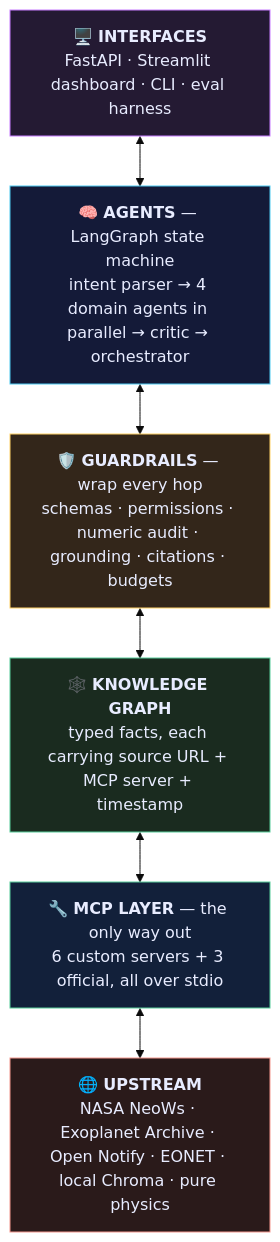
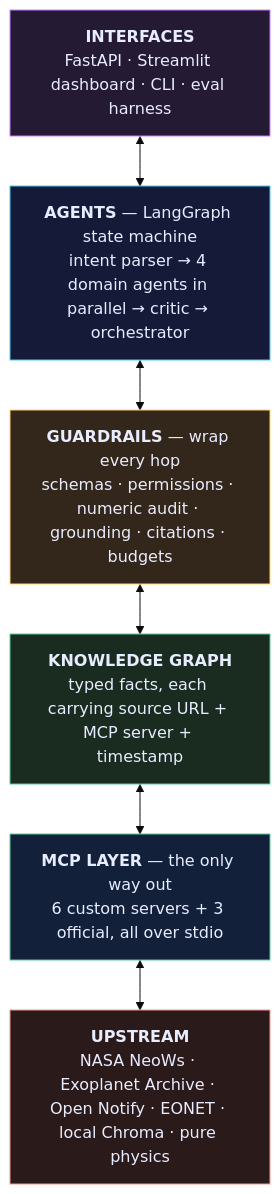
One commit to haarikaalla/Astral-Graph changed the second of 4 diagrams in README.md. Above: the diagram before and after it, drawn with Mermaid (base theme). The commit also changed other lines of this file, not shown here.

````diff
--- a/README.md
+++ b/README.md
@@ -129,28 +129,28 @@
 ```mermaid
 flowchart TB
-    L1["🖥️ <b>INTERFACES</b><br/>FastAPI · Streamlit dashboard · CLI · eval harness"]
-    L2["🧠 <b>AGENTS</b> — LangGraph state machine<br/>intent parser → 4 domain agents in parallel → critic → orchestrator"]
-    L3["🛡️ <b>GUARDRAILS</b> — wrap every hop<br/>schemas · permissions · numeric audit · grounding · citations · budgets"]
-    L4["🕸️ <b>KNOWLEDGE GRAPH</b><br/>typed facts, each carrying source URL + MCP server + timestamp"]
-    L5["🔧 <b>MCP LAYER</b> — the only way out<br/>6 custom servers + 3 official, all over stdio"]
-    L6["🌐 <b>UPSTREAM</b><br/>NASA NeoWs · Exoplanet Archive · Open Notify · EONET · local Chroma · pure physics"]
+    L1[" <b>INTERFACES</b><br/>FastAPI · Streamlit dashboard · CLI · eval harness"]
+    L2[" <b>AGENTS</b> — LangGraph state machine<br/>intent parser → 4 domain agents in parallel → critic → orchestrator"]
+    L3[" <b>GUARDRAILS</b> — wrap every hop<br/>schemas · permissions · numeric audit · grounding · citations · budgets"]
+    L4[" <b>KNOWLEDGE GRAPH</b><br/>typed facts, each carrying source URL + MCP server + timestamp"]
+    L5[" <b>MCP LAYER</b> — the only way out<br/>6 custom servers + 3 official, all over stdio"]
+    L6[" <b>UPSTREAM</b><br/>NASA NeoWs · Exoplanet Archive · Open Notify · EONET · local Chroma · pure physics"]
 
     L1 <--> L2
     L2 <--> L3
     L3 <--> L4
     L4 <--> L5
     L5 <--> L6
 
     classDef ui fill:#241a33,stroke:#c77dff,color:#e8ecff
     classDef ag fill:#141a38,stroke:#4cc9f0,color:#e8ecff
     classDef gd fill:#33261a,stroke:#ffd166,color:#e8ecff
     classDef kg fill:#1a2b1f,stroke:#57cc99,color:#e8ecff
     classDef mc fill:#12203a,stroke:#57cc99,color:#e8ecff
     classDef up fill:#2a1a1a,stroke:#f4978e,color:#e8ecff
     class L1 ui
     class L2 ag
     class L3 gd
     class L4 kg
     class L5 mc
     class L6 up
 ```
````
